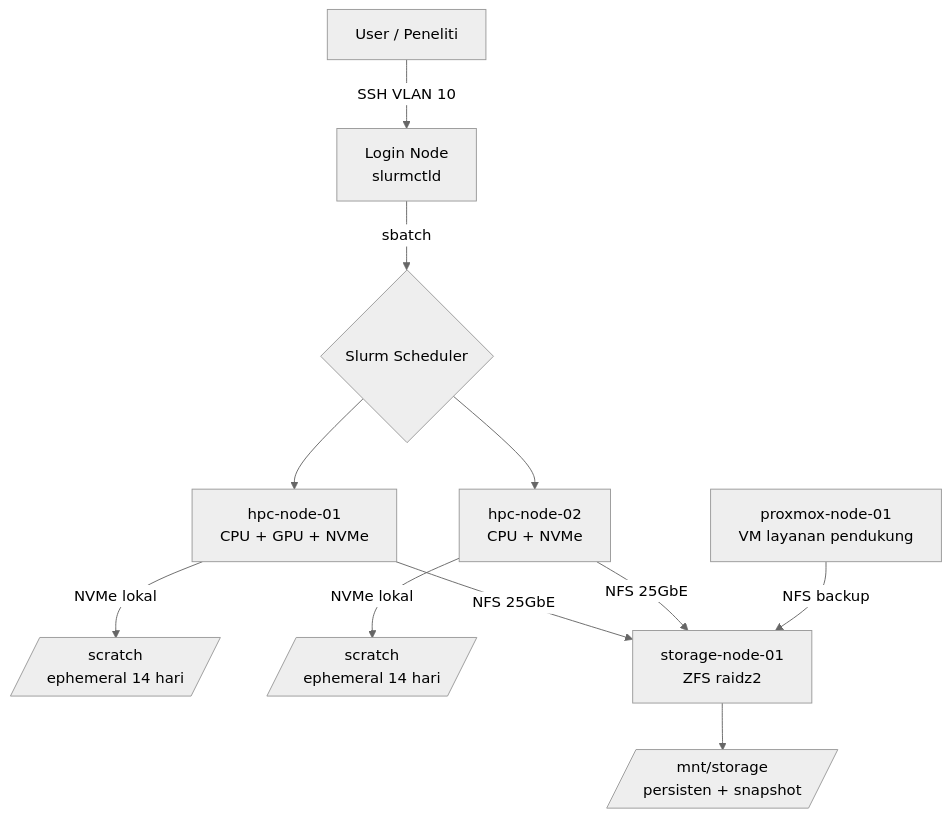
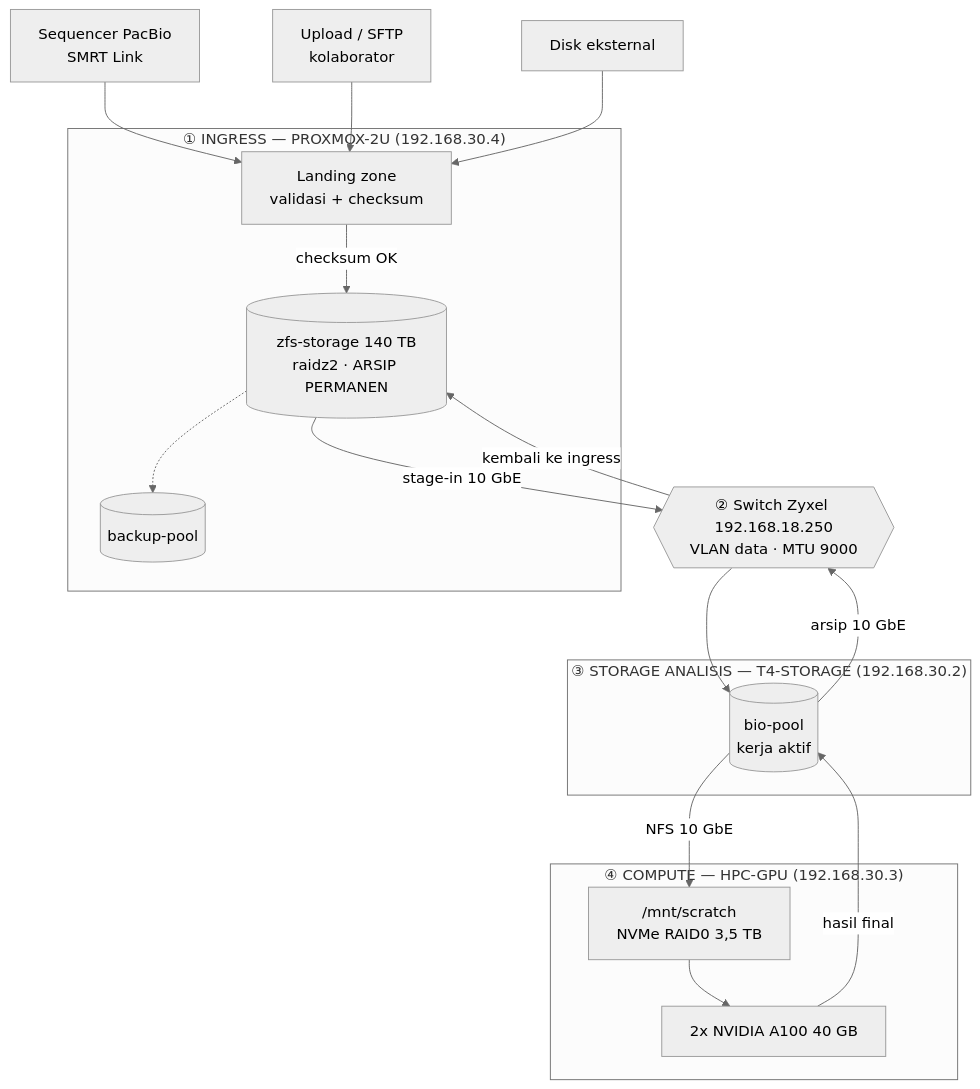
Before and after one commit to ilham863/insfra-docs: the diagram in README.md, drawn with Mermaid (neutral theme). The commit also changed other lines of this file and 1 other file, not shown here.

First line of the commit message:
docs(topologi): topologi lengkap dengan ONT, rancangan VLAN, dan ingress proxmox

````diff
--- a/README.md
+++ b/README.md
@@ -76,13 +171,36 @@
 ```mermaid
 flowchart TD
-    U[User / Peneliti] -->|SSH VLAN 10| L[Login Node<br/>slurmctld]
-    L -->|sbatch| S{Slurm Scheduler}
-    S --> H1[hpc-node-01<br/>CPU + GPU + NVMe]
-    S --> H2[hpc-node-02<br/>CPU + NVMe]
-    H1 -->|NVMe lokal| SC1[/scratch<br/>ephemeral 14 hari/]
-    H2 -->|NVMe lokal| SC2[/scratch<br/>ephemeral 14 hari/]
-    H1 -->|NFS 25GbE| ST[storage-node-01<br/>ZFS raidz2]
-    H2 -->|NFS 25GbE| ST
-    ST --> MS[/mnt/storage<br/>persisten + snapshot/]
-    PX[proxmox-node-01<br/>VM layanan pendukung] -->|NFS backup| ST
+    SEQ["Sequencer PacBio<br/>SMRT Link"]
+    UP["Upload / SFTP<br/>kolaborator"]
+    EXT["Disk eksternal"]
+
+    subgraph ING["① INGRESS — PROXMOX-2U (192.168.30.4)"]
+        LAND["Landing zone<br/>validasi + checksum"]
+        ARC[("zfs-storage 140 TB<br/>raidz2 · ARSIP PERMANEN")]
+        BUP[("backup-pool")]
+    end
+
+    SW{{"② Switch Zyxel 192.168.18.250<br/>VLAN data · MTU 9000"}}
+
+    subgraph STO["③ STORAGE ANALISIS — T4-STORAGE (192.168.30.2)"]
+        BIO[("bio-pool<br/>kerja aktif")]
+    end
+
+    subgraph CMP["④ COMPUTE — HPC-GPU (192.168.30.3)"]
+        SCR["/mnt/scratch<br/>NVMe RAID0 3,5 TB"]
+        GPU["2x NVIDIA A100 40 GB"]
+    end
+
+    SEQ --> LAND
+    UP --> LAND
+    EXT --> LAND
+    LAND -->|checksum OK| ARC
+    ARC -->|stage-in 10 GbE| SW
+    SW --> BIO
+    BIO -->|NFS 10 GbE| SCR
+    SCR --> GPU
+    GPU -->|hasil final| BIO
+    BIO -->|arsip 10 GbE| SW
+    SW -->|kembali ke ingress| ARC
+    ARC -.-> BUP
 ```
````
